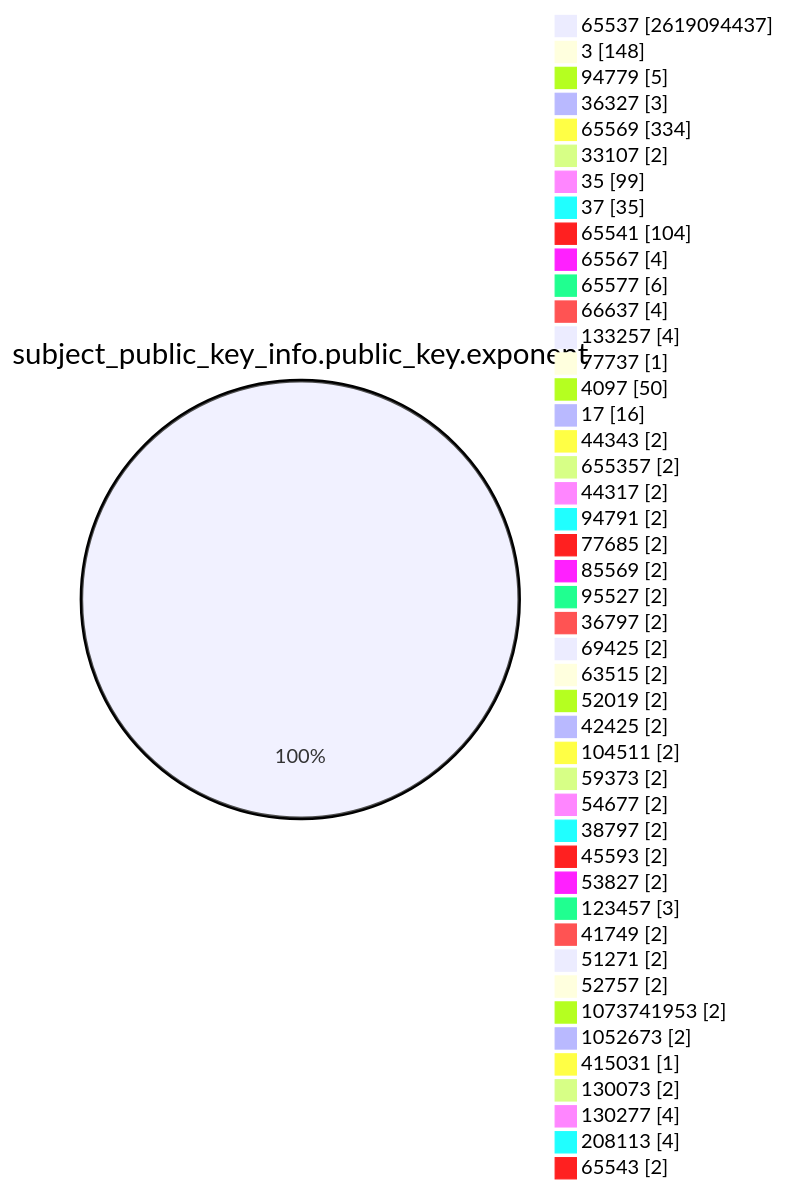
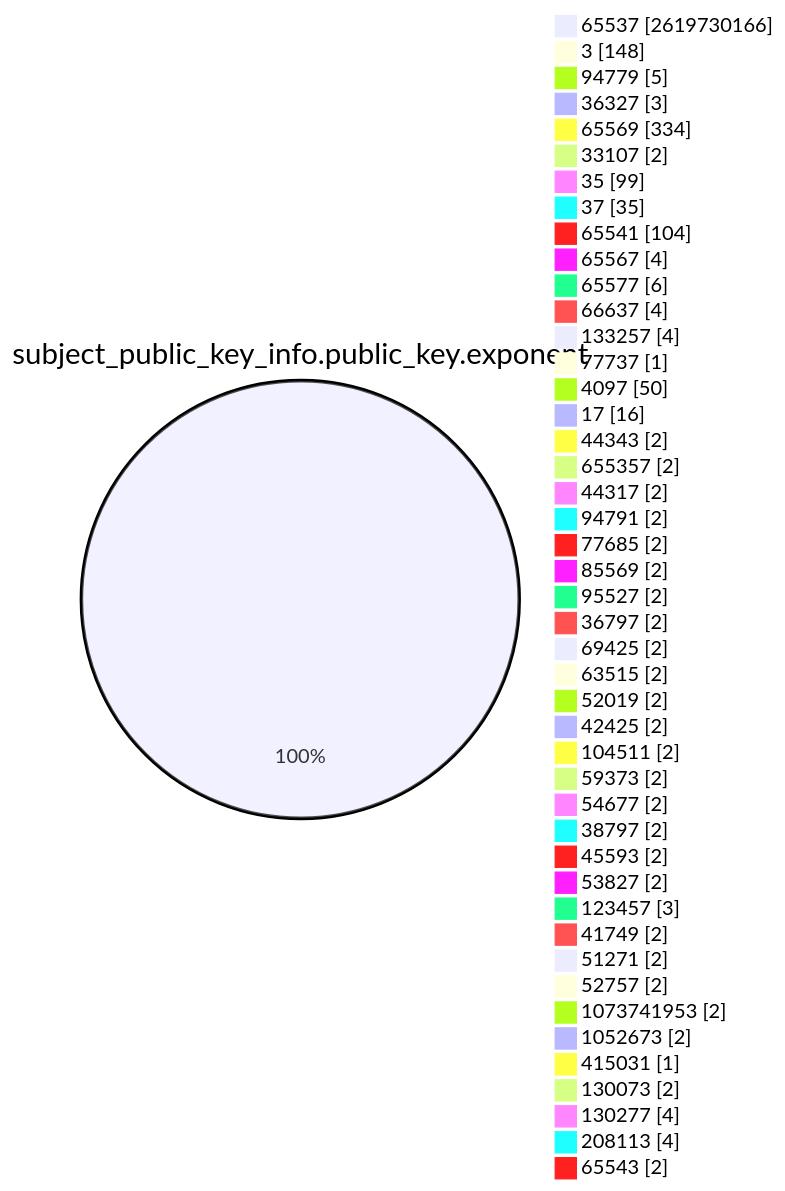
The fourth of 15 diagrams in TOTAL/README.md (christiankrug/ctmonitor_visualization), drawn with Mermaid before and after one commit. The commit also changed other lines of this file, not shown here.

````diff
--- a/TOTAL/README.md
+++ b/TOTAL/README.md
@@ -1466,49 +1466,49 @@
 ```mermaid
 pie showData
 title subject_public_key_info.public_key.exponent
-"65537" :2619094437
+"65537" :2619730166
 "3" :148
 "94779" :5
 "36327" :3
 "65569" :334
 "33107" :2
 "35" :99
 "37" :35
 "65541" :104
 "65567" :4
 "65577" :6
 "66637" :4
 "133257" :4
 "77737" :1
 "4097" :50
 "17" :16
 "44343" :2
 "655357" :2
 "44317" :2
 "94791" :2
 "77685" :2
 "85569" :2
 "95527" :2
 "36797" :2
 "69425" :2
 "63515" :2
 "52019" :2
 "42425" :2
 "104511" :2
 "59373" :2
 "54677" :2
 "38797" :2
 "45593" :2
 "53827" :2
 "123457" :3
 "41749" :2
 "51271" :2
 "52757" :2
 "1073741953" :2
 "1052673" :2
 "415031" :1
 "130073" :2
 "130277" :4
 "208113" :4
 "65543" :2
 ```
````
